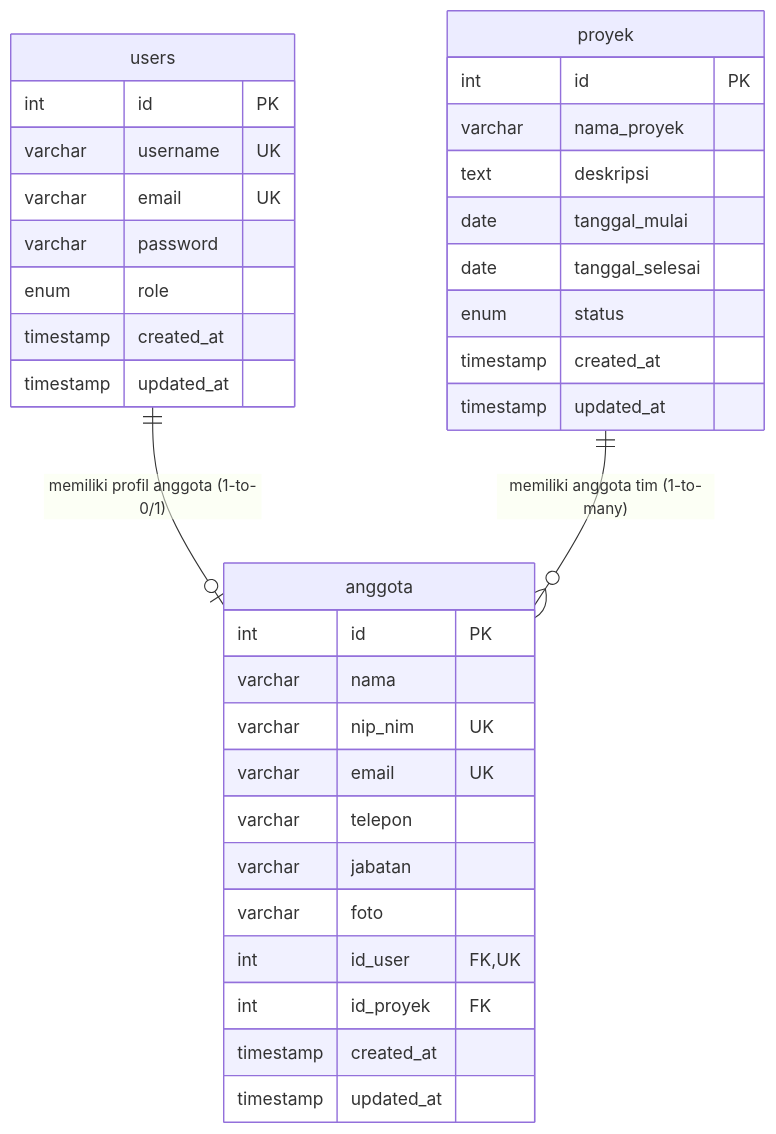
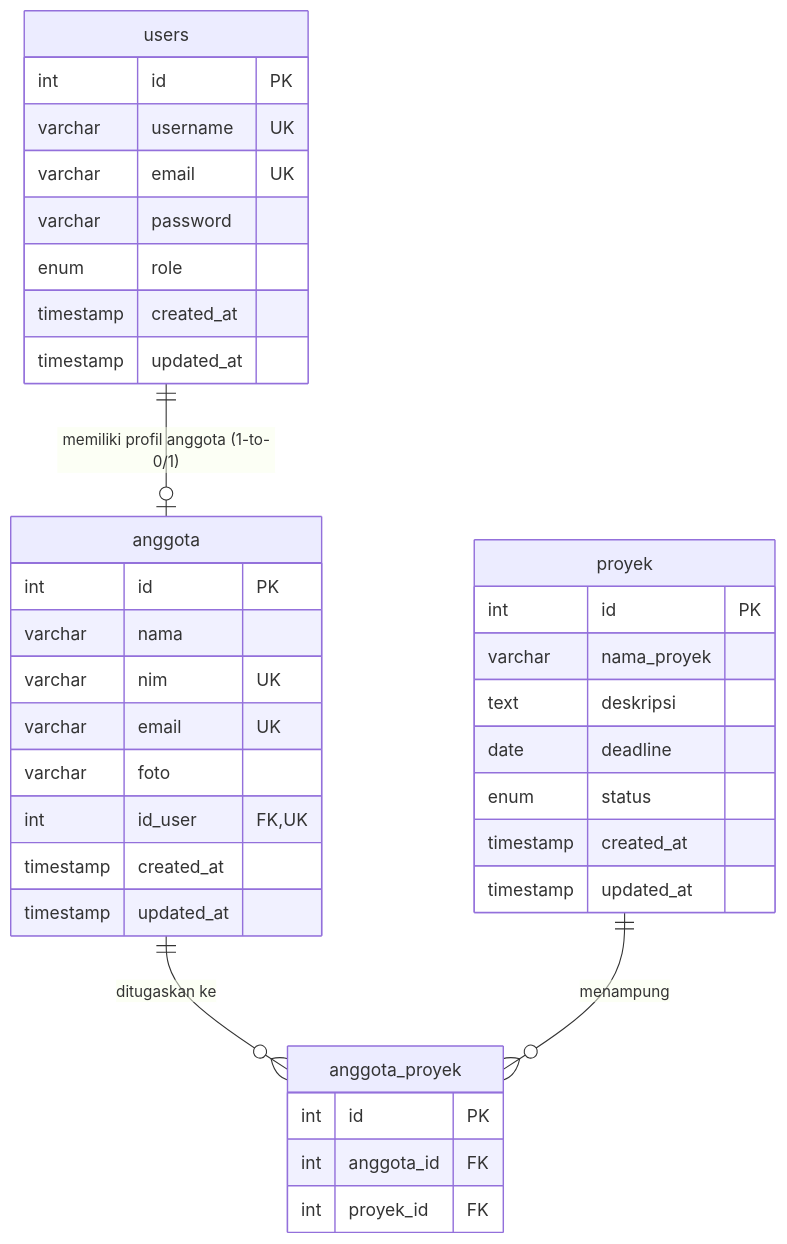
Before and after one commit to hafizandrean/Cloud-Team-Management: the diagram in assets/erd.md, drawn with Mermaid. The commit also changed other lines of this file and 11 other files, not shown here.

````diff
--- a/assets/erd.md
+++ b/assets/erd.md
@@ -9,40 +9,43 @@
 ```mermaid
 erDiagram
     users {
         int id PK
         varchar username UK
         varchar email UK
         varchar password
         enum role
         timestamp created_at
         timestamp updated_at
     }
 
     proyek {
         int id PK
         varchar nama_proyek
         text deskripsi
-        date tanggal_mulai
-        date tanggal_selesai
+        date deadline
         enum status
         timestamp created_at
         timestamp updated_at
     }
 
     anggota {
         int id PK
         varchar nama
-        varchar nip_nim UK
+        varchar nim UK
         varchar email UK
-        varchar telepon
-        varchar jabatan
         varchar foto
         int id_user FK, UK
-        int id_proyek FK
         timestamp created_at
         timestamp updated_at
     }
 
+    anggota_proyek {
+        int id PK
+        int anggota_id FK
+        int proyek_id FK
+    }
+
     users ||--o| anggota : "memiliki profil anggota (1-to-0/1)"
-    proyek ||--o{ anggota : "memiliki anggota tim (1-to-many)"
+    anggota ||--o{ anggota_proyek : "ditugaskan ke"
+    proyek ||--o{ anggota_proyek : "menampung"
 ```
````
